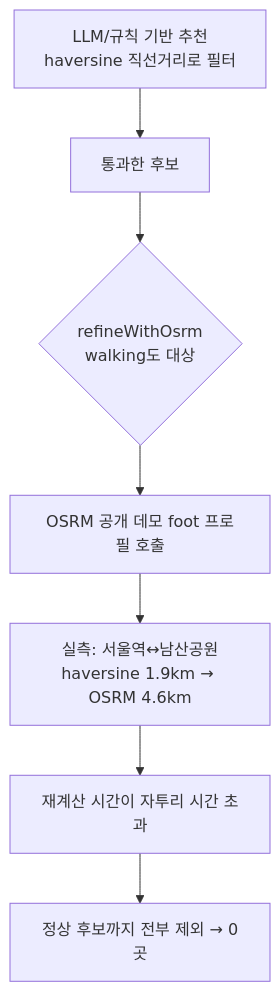
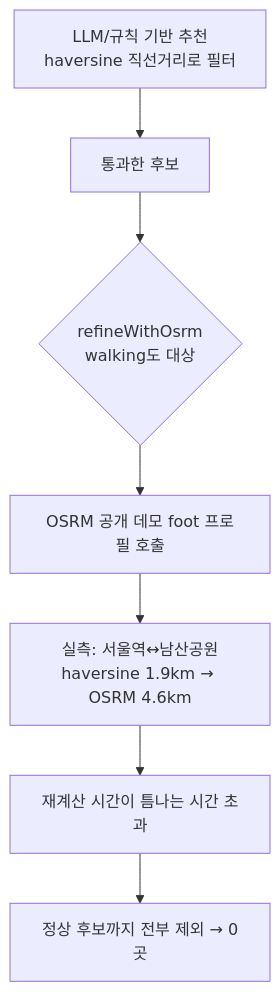
The diagram in docs/devlog/2026-07-10-09-14-dwlee-walking-osrm-fix.md (PanzerkampfwagenV/jiranthon2026_lunchtime), drawn with Mermaid before and after one commit. The commit also changed other lines of this file and 22 other files, not shown here.

Commit message:
[docs/app] '자투리 시간' 문구를 '틈나는 시간'으로 통일 - 문서/코드/테스트 전반의 '자투리 시간' 표기를 '틈나는 시간'으로 일괄 변경 - 프론트 UI 해시태그 한국어 라벨 '자투리' → '틈나는'

````diff
--- a/docs/devlog/2026-07-10-09-14-dwlee-walking-osrm-fix.md
+++ b/docs/devlog/2026-07-10-09-14-dwlee-walking-osrm-fix.md
@@ -10,9 +10,9 @@
 ```mermaid
 flowchart TD
     A[LLM/규칙 기반 추천<br/>haversine 직선거리로 필터] --> B[통과한 후보]
     B --> C{refineWithOsrm<br/>walking도 대상}
     C --> D[OSRM 공개 데모 foot 프로필 호출]
     D --> E["실측: 서울역↔남산공원<br/>haversine 1.9km → OSRM 4.6km"]
-    E --> F[재계산 시간이 자투리 시간 초과]
+    E --> F[재계산 시간이 틈나는 시간 초과]
     F --> G[정상 후보까지 전부 제외 → 0곳]
 ```
````
